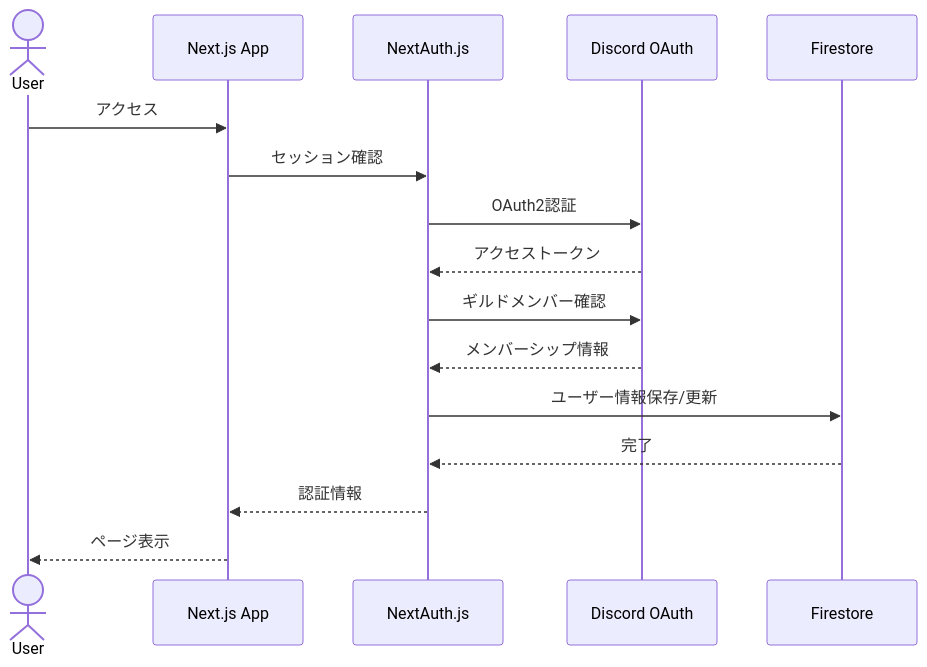
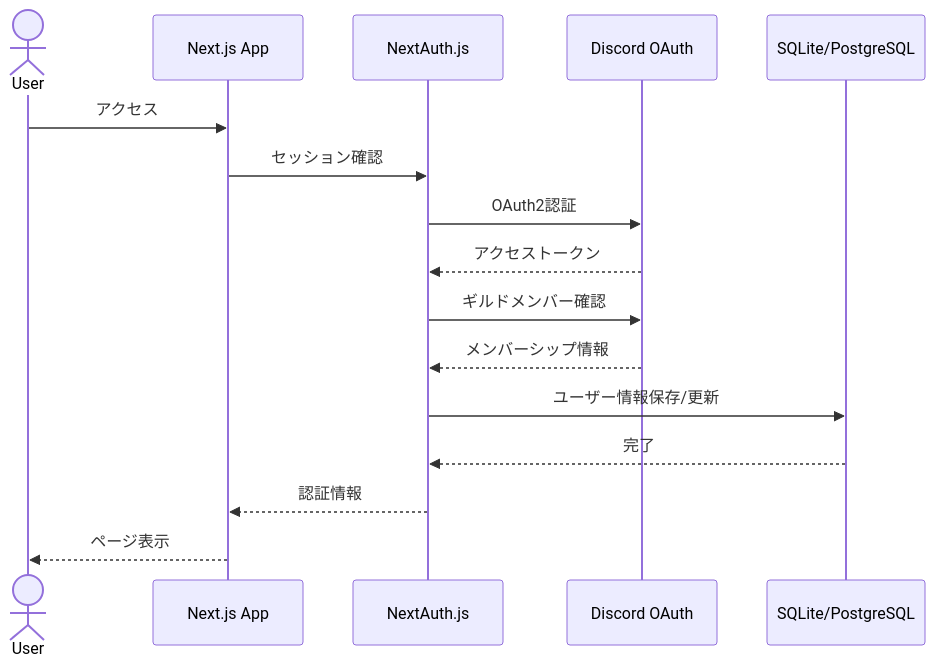
Before and after one commit to nothink-jp/suzumina.click: the first of 2 diagrams in docs/auth/AUTH_DESIGN.md, drawn with Mermaid. The commit also changed other lines of this file and 9 other files, not shown here.

````diff
--- a/docs/auth/AUTH_DESIGN.md
+++ b/docs/auth/AUTH_DESIGN.md
@@ -5,19 +5,19 @@
 ```mermaid
 sequenceDiagram
     actor User
     participant Next as Next.js App
     participant Auth as NextAuth.js
     participant Discord as Discord OAuth
-    participant Fire as Firestore
+    participant DB as SQLite/PostgreSQL
 
     User->>Next: アクセス
     Next->>Auth: セッション確認
     Auth->>Discord: OAuth2認証
     Discord-->>Auth: アクセストークン
     Auth->>Discord: ギルドメンバー確認
     Discord-->>Auth: メンバーシップ情報
-    Auth->>Fire: ユーザー情報保存/更新
-    Fire-->>Auth: 完了
+    Auth->>DB: ユーザー情報保存/更新
+    DB-->>Auth: 完了
     Auth-->>Next: 認証情報
     Next-->>User: ページ表示
 ```
````
